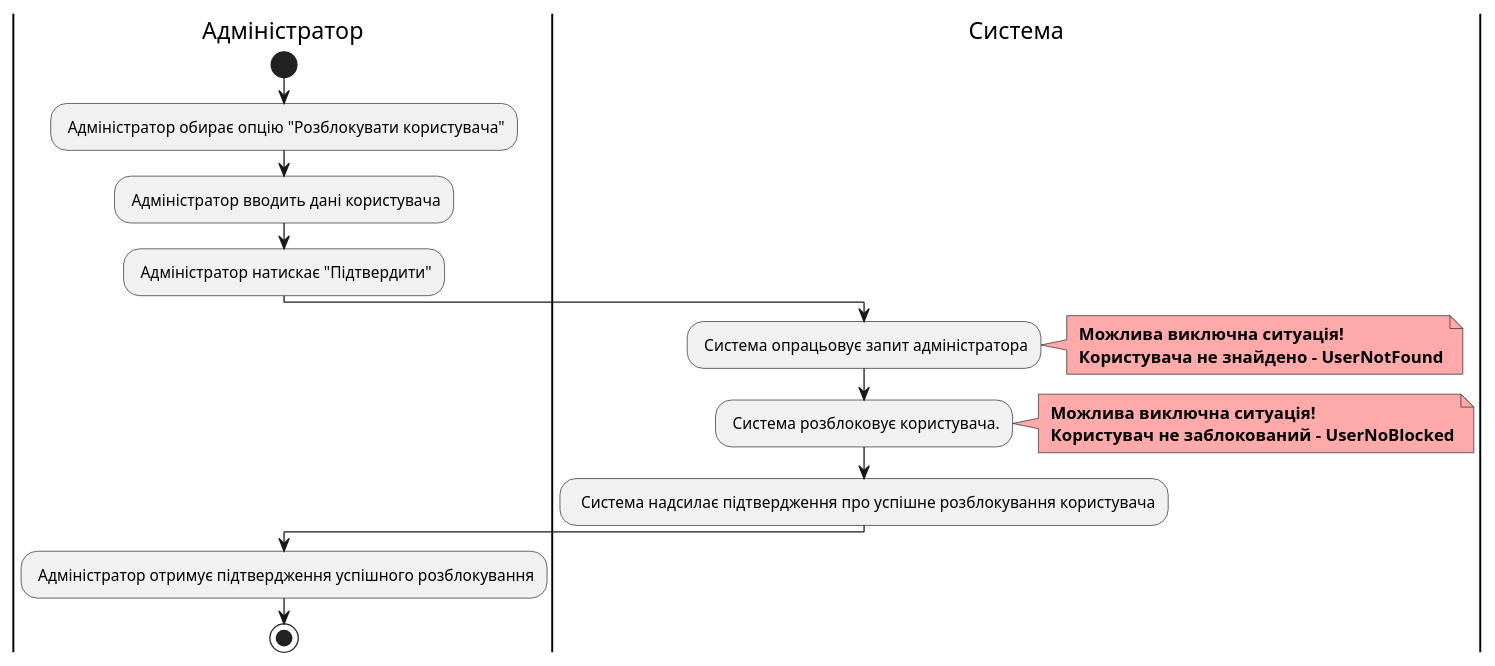
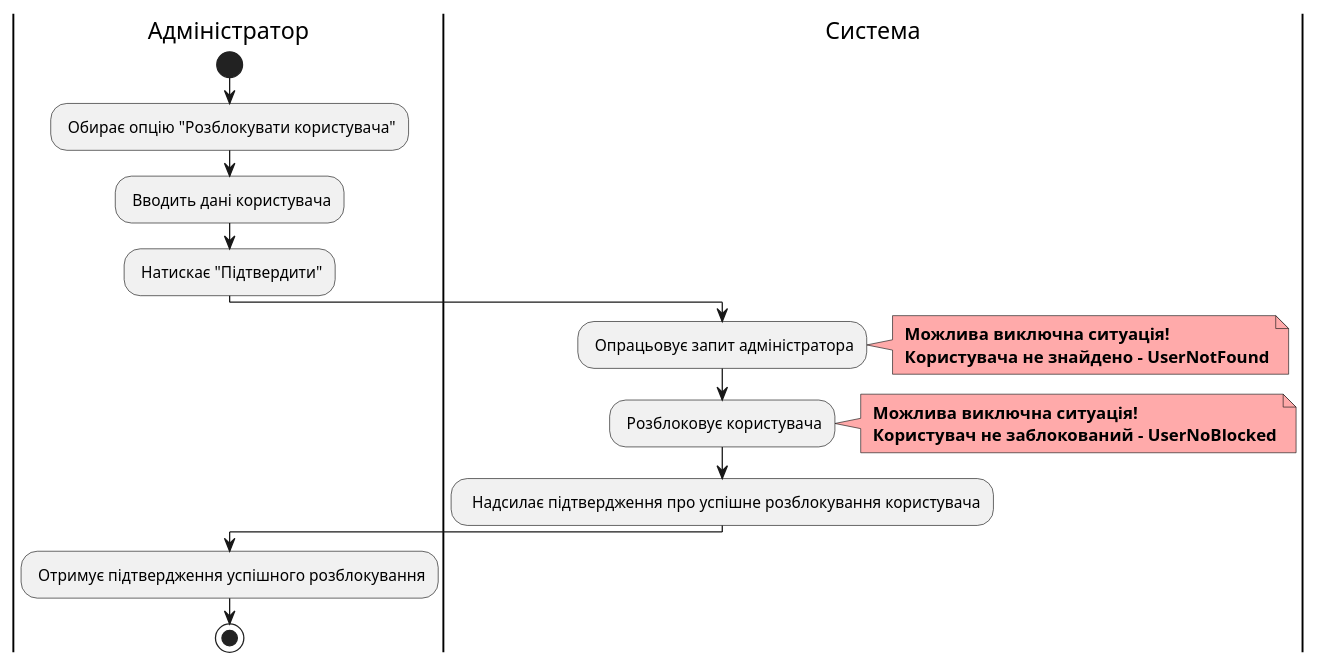
One commit to watashone/db-labs changed diagram 14 of 17 in docs/use cases/README.md. Above: the diagram before and after it, drawn with PlantUML. The commit also changed other lines of this file, not shown here.

````diff
--- a/docs/use cases/README.md
+++ b/docs/use cases/README.md
@@ -478,25 +474,24 @@
 ```plantuml
 @startuml
     |Адміністратор|
         start
-        : Адміністратор обирає опцію "Розблокувати користувача";
-        : Адміністратор вводить дані користувача;
-        : Адміністратор натискає "Підтвердити";
+        : Обирає опцію "Розблокувати користувача";
+        : Вводить дані користувача;
+        : Натискає "Підтвердити";
     |Система|
-        : Система опрацьовує запит адміністратора;
+        : Опрацьовує запит адміністратора;
         note right #ffaaaa
         <b> Можлива виключна ситуація!
         <b> Користувача не знайдено - UserNotFound
         end note
-        : Система розблоковує користувача.;
+        : Розблоковує користувача;
         note right #ffaaaa
         <b> Можлива виключна ситуація!
         <b> Користувач не заблокований - UserNoBlocked
         end note
-        :  Система надсилає підтвердження про успішне розблокування користувача;
+        :  Надсилає підтвердження про успішне розблокування користувача;
     |Адміністратор|
-        : Адміністратор отримує підтвердження успішного розблокування;
+        : Отримує підтвердження успішного розблокування;
         stop;
-
 @enduml 
 ```
````
